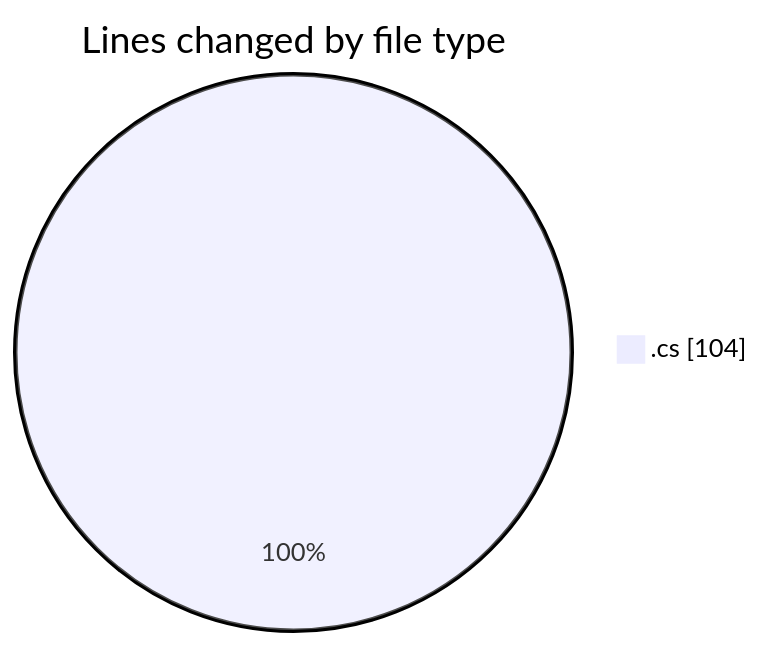
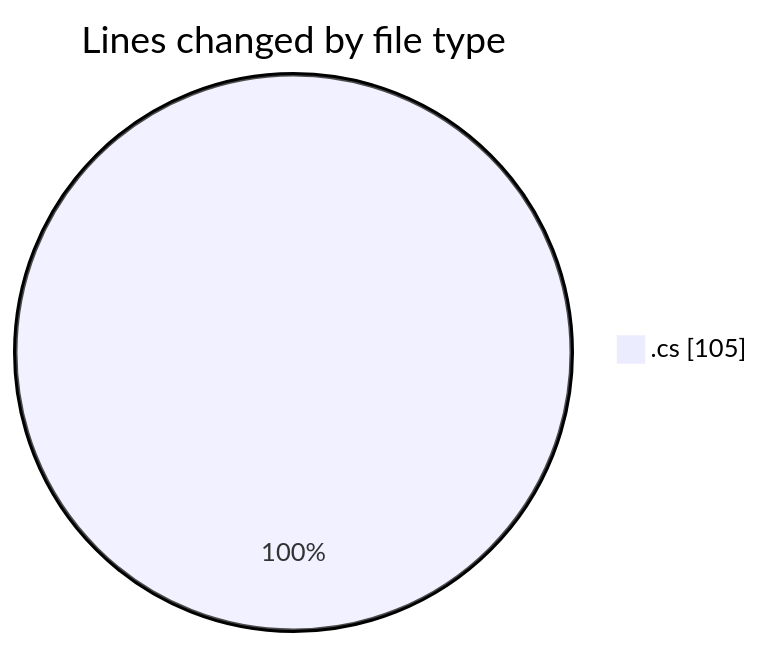
The first of 2 diagrams in 2025-07-24/quanlyrapchieuphim/README.md (lephambinh05/code-tracking), drawn with Mermaid before and after one commit. The commit also changed other lines of this file and 1 other file, not shown here.

````diff
--- a/2025-07-24/quanlyrapchieuphim/README.md
+++ b/2025-07-24/quanlyrapchieuphim/README.md
@@ -20,5 +20,5 @@
 ```mermaid
 pie showData
 title Lines changed by file type
-".cs" : 104
+".cs" : 105
 ```
````
